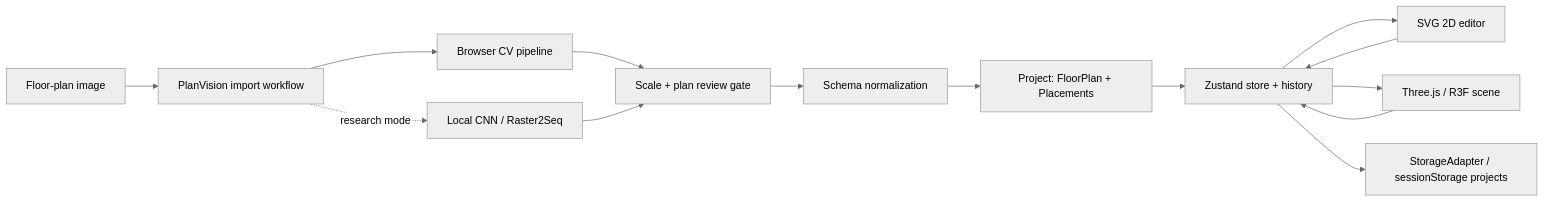
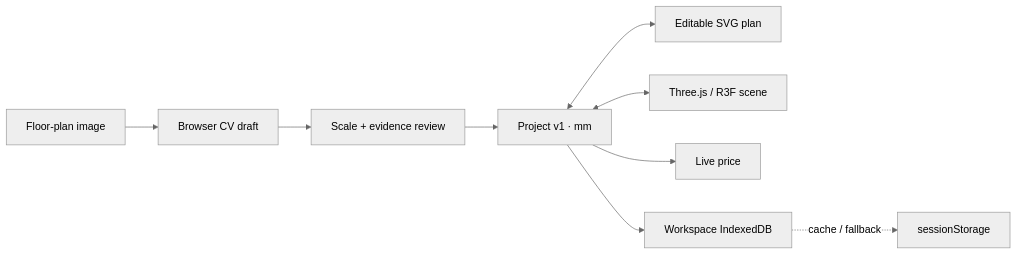
One commit to showjihyun/wn-interior changed the diagram in README.md. Above: the diagram before and after it, drawn with Mermaid (neutral theme). The commit also changed other lines of this file and 14 other files, not shown here.

````diff
--- a/README.md
+++ b/README.md
@@ -61,16 +41,11 @@
 ```mermaid
 flowchart LR
-    Image[Floor-plan image] --> Import[PlanVision import workflow]
-    Import --> Classic[Browser CV pipeline]
-    Import -. research mode .-> Neural[Local CNN / Raster2Seq]
-    Classic --> Gate[Scale + plan review gate]
-    Neural --> Gate
-    Gate --> Normalize[Schema normalization]
-    Normalize --> Project[Project: FloorPlan + Placements]
-    Project --> Store[Zustand store + history]
-    Store --> SVG[SVG 2D editor]
-    Store --> R3F[Three.js / R3F scene]
-    Store --> Storage[StorageAdapter / sessionStorage projects]
-    SVG --> Store
-    R3F --> Store
+    Image[Floor-plan image] --> CV[Browser CV draft]
+    CV --> Gate[Scale + evidence review]
+    Gate --> Project[Project v1 · mm]
+    Project <--> SVG[Editable SVG plan]
+    Project <--> R3F[Three.js / R3F scene]
+    Project --> Cost[Live price]
+    Project --> Storage[Workspace IndexedDB]
+    Storage -. cache / fallback .-> Session[sessionStorage]
 ```
````
